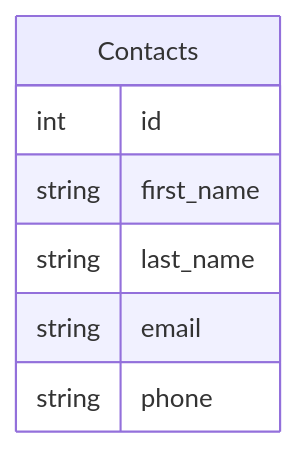
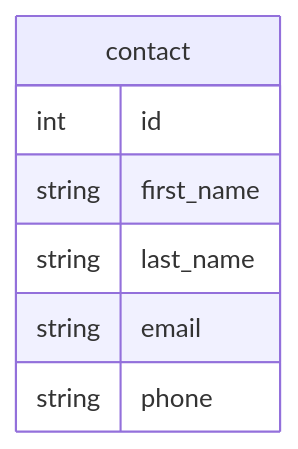
One commit to SERC-Web-TA-DF1A-2425/PHP-Database-Integration changed the diagram in exercise1.md. Above: the diagram before and after it, drawn with Mermaid. The commit also changed other lines of this file and 6 other files, not shown here.

Commit message:
Update exercises to use singular 'contact' table instead of 'contacts'

````diff
--- a/exercise1.md
+++ b/exercise1.md
@@ -9,10 +9,10 @@
 ```mermaid
 erDiagram
-    Contacts {
+    contact {
         int id
         string first_name
         string last_name
         string email
         string phone
     }
 ```
````
